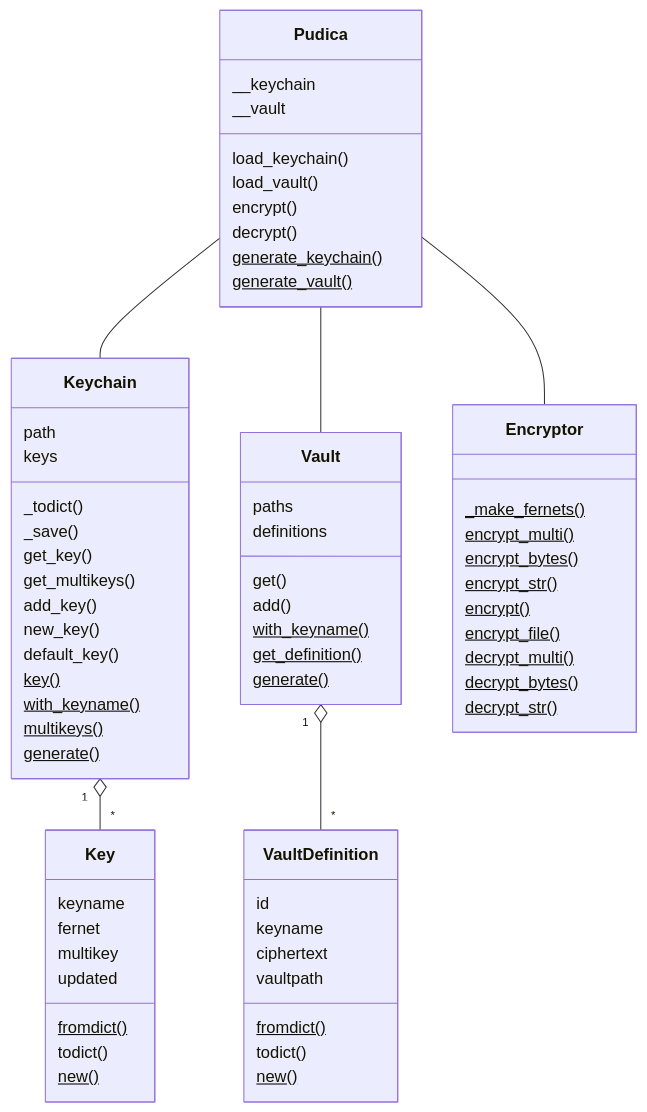
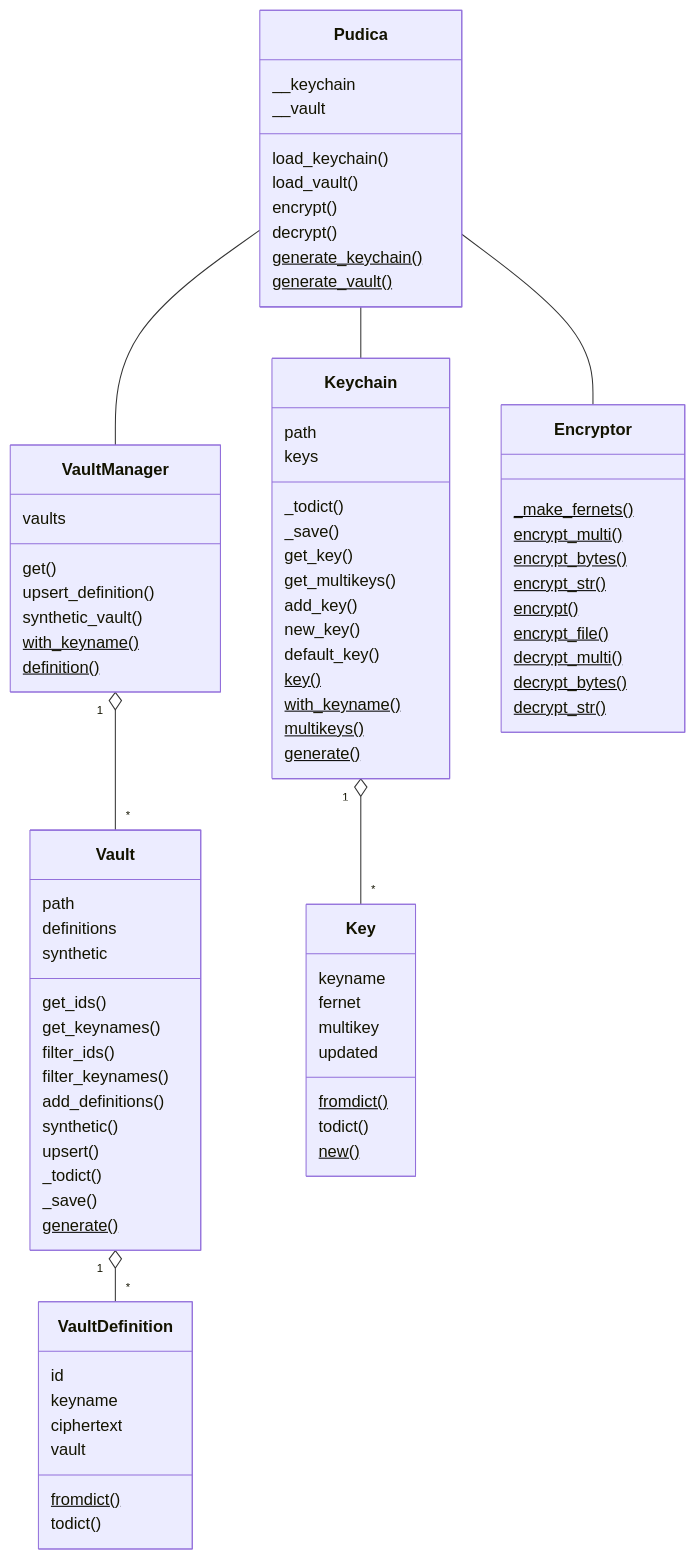
Before and after one commit to botanicode/pudica: the diagram in docs/class_diagram.md, drawn with Mermaid. The commit also changed 4 other files, not shown here.

````diff
--- a/docs/class_diagram.md
+++ b/docs/class_diagram.md
@@ -15,13 +15,27 @@
         multikeys()$
         generate()$
       }
+      class VaultManager{
+        vaults
+        get()
+        upsert_definition()
+        synthetic_vault()
+        with_keyname()$
+        definition()$
+      }
       class Vault{
-        paths
+        path
         definitions
-        get()
-        add()
-        with_keyname()$
-        get_definition()$
+        synthetic
+        get_ids()
+        get_keynames()
+        filter_ids()
+        filter_keynames()
+        add_definitions()
+        synthetic()
+        upsert()
+        _todict()
+        _save()
         generate()$
       }
       class Encryptor{
@@ -49,10 +63,9 @@
         id
         keyname
         ciphertext
-        vaultpath
+        vault
         fromdict()$
         todict()
-        new()$
       }
       class Key{
         keyname
@@ -64,8 +77,9 @@
         new()$
       }
       Keychain "1" o-- "*" Key
+      VaultManager "1" o-- "*" Vault
       Vault "1" o-- "*" VaultDefinition
       Pudica -- Keychain
       Pudica -- Encryptor
-      Pudica -- Vault
+      Pudica -- VaultManager
 ```
````
